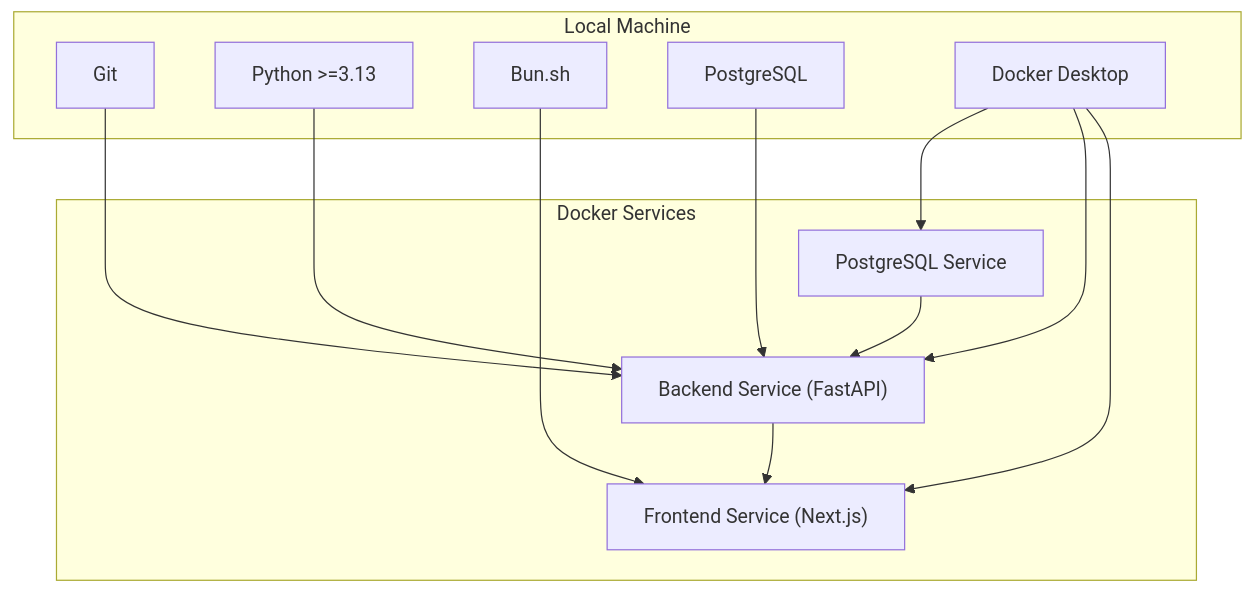
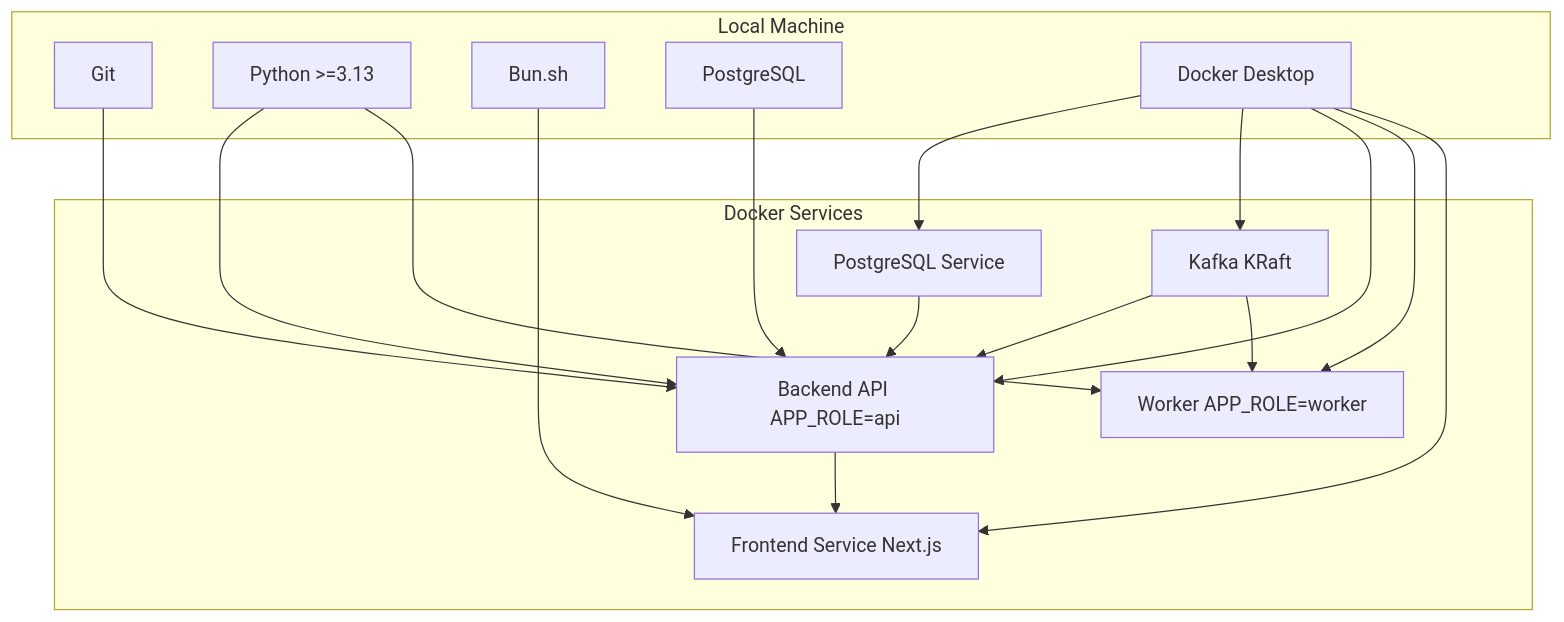
The first of 8 diagrams in src/data/docs/talentsync/Getting Started.md (tashifkhan/tashif.codes), drawn with Mermaid before and after one commit. The commit also changed other lines of this file and 2128 other files, not shown here.

First line of the commit message:
docs: replace raster diagram images with native Mermaid across project guides

````diff
--- a/src/data/docs/talentsync/Getting Started.md
+++ b/src/data/docs/talentsync/Getting Started.md
@@ -19,24 +27,31 @@
 ```mermaid
 graph TB
 subgraph "Local Machine"
 A["Git"]
 B["Python >=3.13"]
 C["Bun.sh"]
 D["PostgreSQL"]
 E["Docker Desktop"]
 end
 subgraph "Docker Services"
 DB["PostgreSQL Service"]
-BE["Backend Service (FastAPI)"]
-FE["Frontend Service (Next.js)"]
+K["Kafka KRaft"]
+BE["Backend API APP_ROLE=api"]
+W["Worker APP_ROLE=worker"]
+FE["Frontend Service Next.js"]
 end
 A --> BE
 B --> BE
+B --> W
 C --> FE
 D --> BE
 E --> DB
+E --> K
 E --> BE
+E --> W
 E --> FE
 DB --> BE
+K --> BE
+K --> W
 BE --> FE
 ```
````
